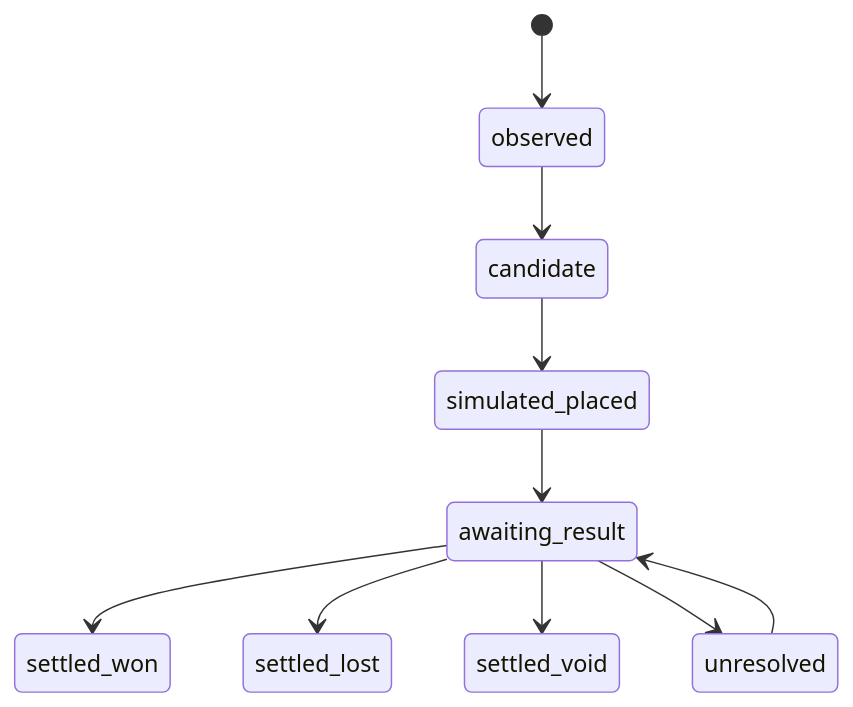
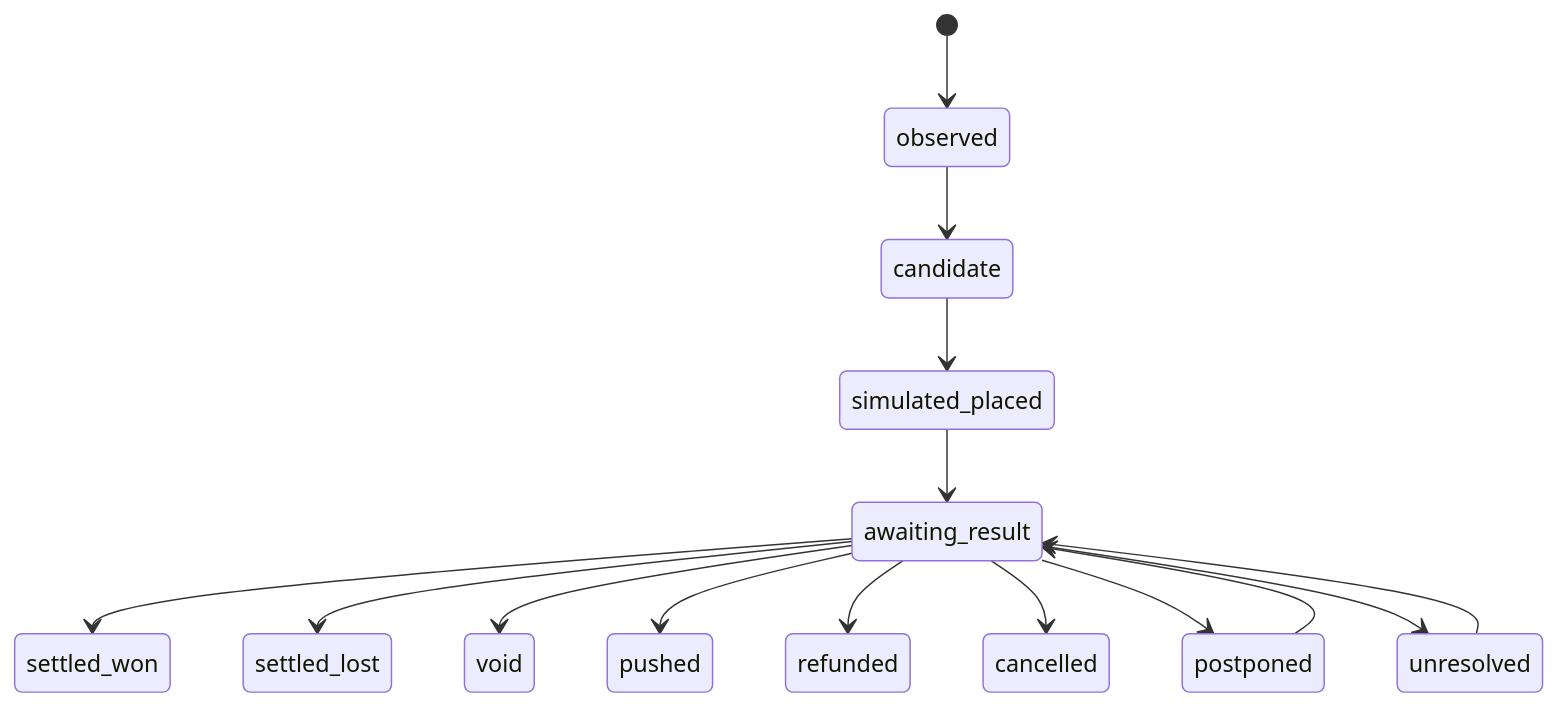
The diagram in docs/simulation-ledger.md (simonellefsen/danske-spil), drawn with Mermaid before and after one commit. The commit also changed other lines of this file and 4 other files, not shown here.

````diff
--- a/docs/simulation-ledger.md
+++ b/docs/simulation-ledger.md
@@ -29,12 +29,17 @@
 ```mermaid
 stateDiagram-v2
   [*] --> observed
   observed --> candidate
   candidate --> simulated_placed
   simulated_placed --> awaiting_result
   awaiting_result --> settled_won
   awaiting_result --> settled_lost
-  awaiting_result --> settled_void
+  awaiting_result --> void
+  awaiting_result --> pushed
+  awaiting_result --> refunded
+  awaiting_result --> cancelled
+  awaiting_result --> postponed
   awaiting_result --> unresolved
+  postponed --> awaiting_result
   unresolved --> awaiting_result
 ```
````
